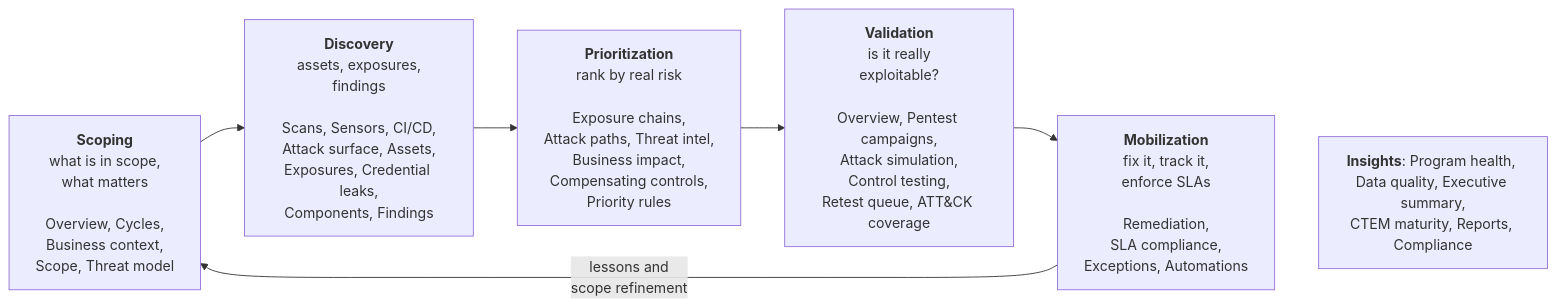
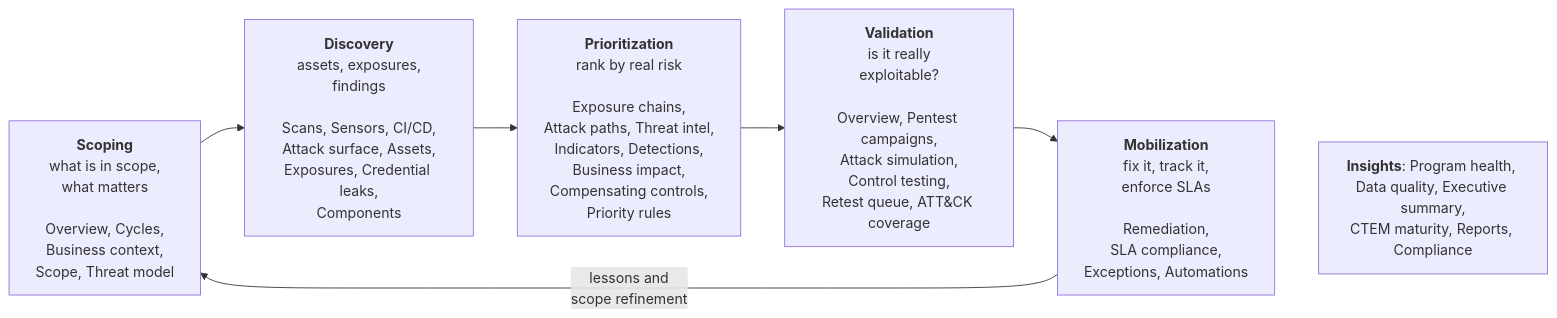
Before and after one commit to openctemio/docs: the diagram in user-guide/index.md, drawn with Mermaid. The commit also changed other lines of this file and 84 other files, not shown here.

````diff
--- a/user-guide/index.md
+++ b/user-guide/index.md
@@ -27,12 +27,12 @@
 ```mermaid
 flowchart LR
     S["<b>Scoping</b><br/>what is in scope,<br/>what matters<br/><br/>Overview, Cycles,<br/>Business context,<br/>Scope, Threat model"]
-    D["<b>Discovery</b><br/>assets, exposures,<br/>findings<br/><br/>Scans, Sensors, CI/CD,<br/>Attack surface, Assets,<br/>Exposures, Credential leaks,<br/>Components, Findings"]
-    P["<b>Prioritization</b><br/>rank by real risk<br/><br/>Exposure chains,<br/>Attack paths, Threat intel,<br/>Business impact,<br/>Compensating controls,<br/>Priority rules"]
+    D["<b>Discovery</b><br/>assets, exposures,<br/>findings<br/><br/>Scans, Sensors, CI/CD,<br/>Attack surface, Assets,<br/>Exposures, Credential leaks,<br/>Components"]
+    P["<b>Prioritization</b><br/>rank by real risk<br/><br/>Exposure chains,<br/>Attack paths, Threat intel,<br/>Indicators, Detections,<br/>Business impact,<br/>Compensating controls,<br/>Priority rules"]
     V["<b>Validation</b><br/>is it really<br/>exploitable?<br/><br/>Overview, Pentest campaigns,<br/>Attack simulation,<br/>Control testing,<br/>Retest queue, ATT&CK coverage"]
     M["<b>Mobilization</b><br/>fix it, track it,<br/>enforce SLAs<br/><br/>Remediation,<br/>SLA compliance,<br/>Exceptions, Automations"]
     S --> D --> P --> V --> M
     M -->|"lessons and<br/>scope refinement"| S
     I["<b>Insights</b>: Program health, Data quality, Executive summary,<br/>CTEM maturity, Reports, Compliance"]
     M ~~~ I
 ```
````
